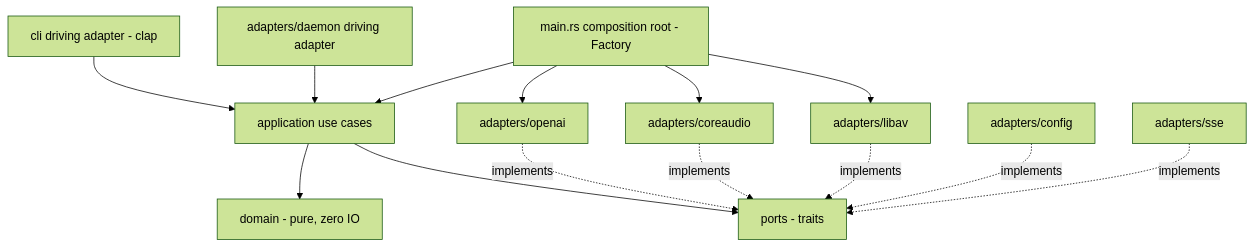
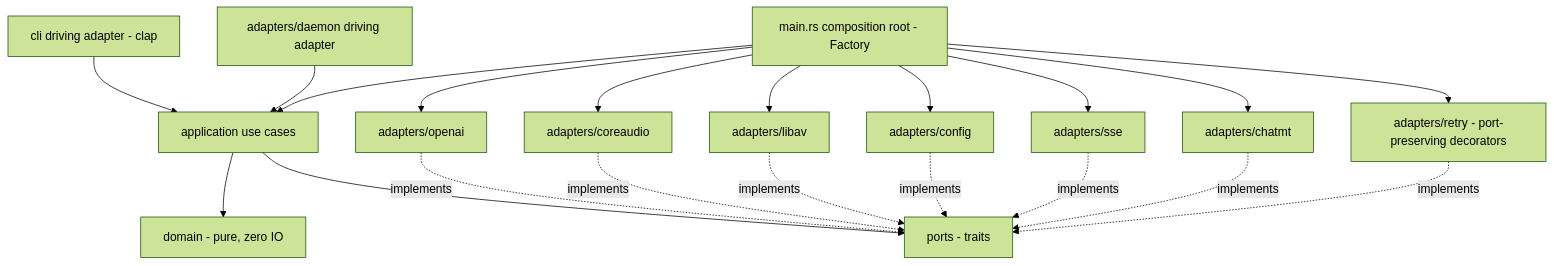
The diagram in docs/arch/adr/0003-hexagonal-ddd-gof-architecture.md (farchanjo/speak), drawn with Mermaid (forest theme) before and after one commit. The commit also changed other lines of this file and 1 other file, not shown here.

First line of the commit message:
docs(adr): complete Factory object graph and add ServerProbe port plus check use case

````diff
--- a/docs/arch/adr/0003-hexagonal-ddd-gof-architecture.md
+++ b/docs/arch/adr/0003-hexagonal-ddd-gof-architecture.md
@@ -51,16 +51,22 @@
 ```mermaid
 flowchart TD
     CLI[cli driving adapter - clap] --> APP[application use cases]
     DAEMON[adapters/daemon driving adapter] --> APP
     APP --> DOMAIN[domain - pure, zero IO]
     APP --> PORTS[ports - traits]
     OPENAI[adapters/openai] -.implements.-> PORTS
     COREAUDIO[adapters/coreaudio] -.implements.-> PORTS
     LIBAV[adapters/libav] -.implements.-> PORTS
     CONFIG[adapters/config] -.implements.-> PORTS
     SSE[adapters/sse] -.implements.-> PORTS
+    CHATMT[adapters/chatmt] -.implements.-> PORTS
+    RETRY[adapters/retry - port-preserving decorators] -.implements.-> PORTS
     MAIN[main.rs composition root - Factory] --> APP
     MAIN --> OPENAI
     MAIN --> COREAUDIO
     MAIN --> LIBAV
+    MAIN --> CONFIG
+    MAIN --> SSE
+    MAIN --> CHATMT
+    MAIN --> RETRY
 ```
````
